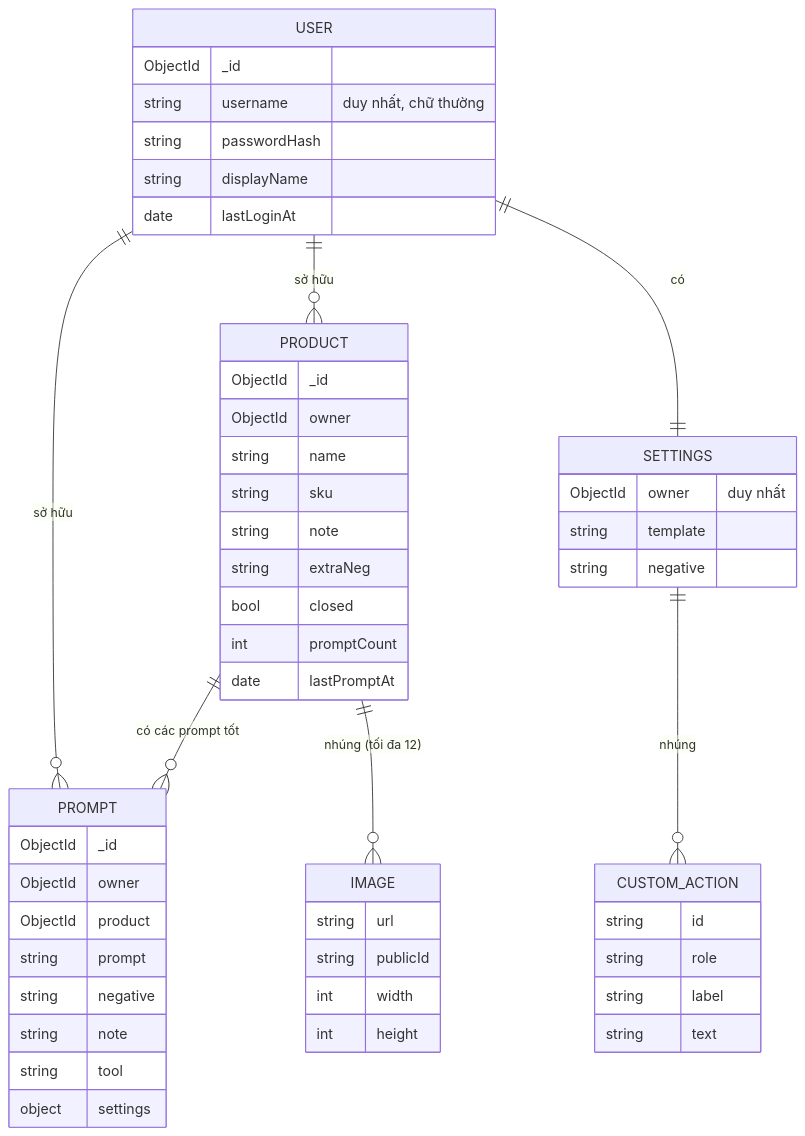
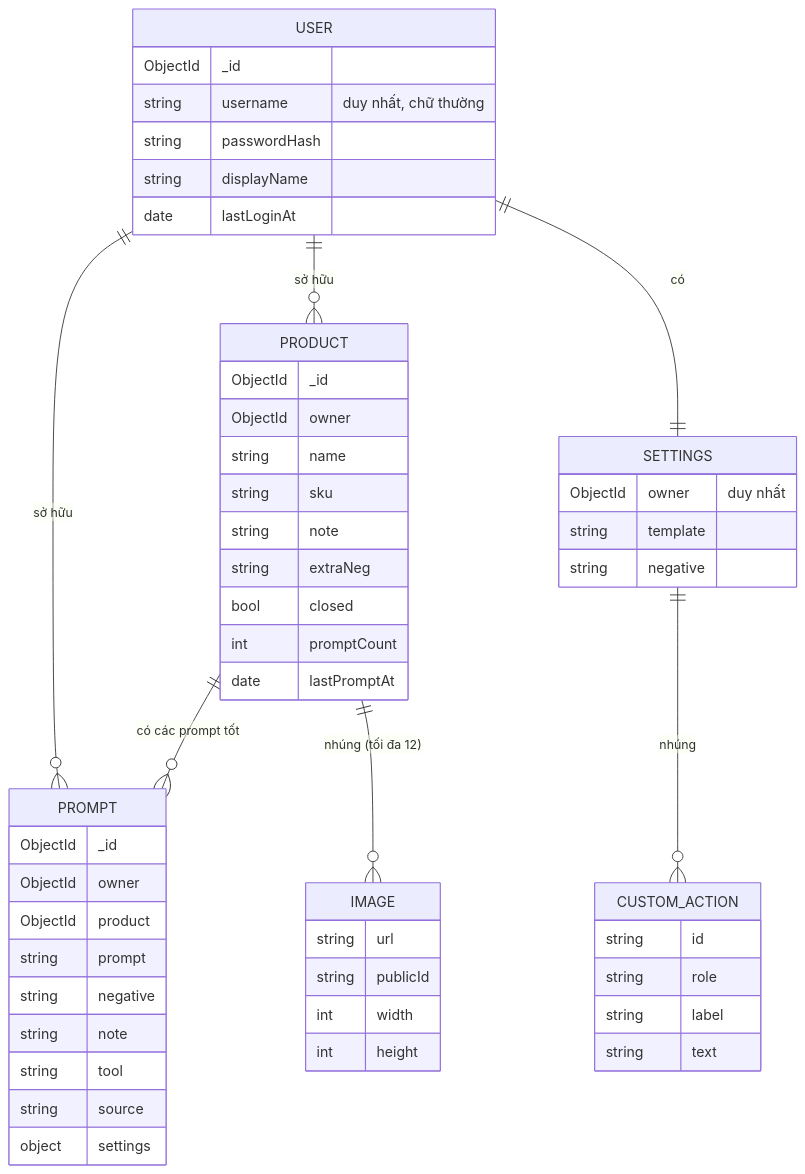
One commit to MinhNhutTG/QuitPrompt changed the diagram in 03-thiet-ke-co-so-du-lieu.md. Above: the diagram before and after it, drawn with Mermaid. The commit also changed other lines of this file and 10 other files, not shown here.

````diff
--- a/03-thiet-ke-co-so-du-lieu.md
+++ b/03-thiet-ke-co-so-du-lieu.md
@@ -5,55 +5,56 @@
 ```mermaid
 erDiagram
   USER ||--o{ PRODUCT : "sở hữu"
   USER ||--o{ PROMPT : "sở hữu"
   USER ||--|| SETTINGS : "có"
   PRODUCT ||--o{ PROMPT : "có các prompt tốt"
   PRODUCT ||--o{ IMAGE : "nhúng (tối đa 12)"
   SETTINGS ||--o{ CUSTOM_ACTION : "nhúng"
 
   USER {
     ObjectId _id
     string username "duy nhất, chữ thường"
     string passwordHash
     string displayName
     date lastLoginAt
   }
   PRODUCT {
     ObjectId _id
     ObjectId owner
     string name
     string sku
     string note
     string extraNeg
     bool closed
     int promptCount
     date lastPromptAt
   }
   IMAGE {
     string url
     string publicId
     int width
     int height
   }
   PROMPT {
     ObjectId _id
     ObjectId owner
     ObjectId product
     string prompt
     string negative
     string note
     string tool
+    string source
     object settings
   }
   SETTINGS {
     ObjectId owner "duy nhất"
     string template
     string negative
   }
   CUSTOM_ACTION {
     string id
     string role
     string label
     string text
   }
 ```
````
